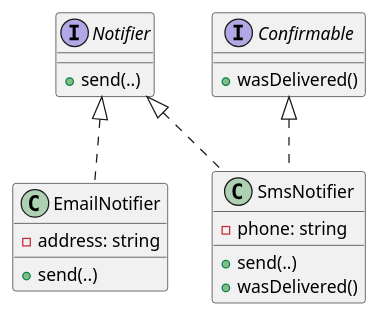
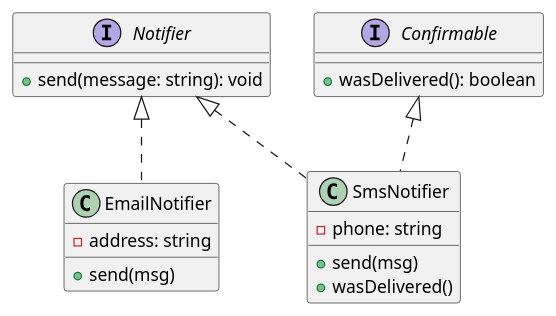
Before and after one commit to ubccpsc/210: the fourth of 5 diagrams in docs/part2/06_boundaries.md, drawn with PlantUML. The commit also changed other lines of this file and 5 other files, not shown here.

Commit message:
more diagram improvements; center diagrams (works locally, need to check with 210 prefix)

````diff
--- a/docs/part2/06_boundaries.md
+++ b/docs/part2/06_boundaries.md
@@ -257,20 +257,20 @@
 ```plantuml
 @startuml
 
 interface Notifier
 interface Confirmable
 
 Notifier <|.. EmailNotifier
 Notifier <|.. SmsNotifier
 Confirmable <|.. SmsNotifier
 
-Notifier : +send(..)
-Confirmable : +wasDelivered()
+Notifier : +send(message: string): void
+Confirmable : +wasDelivered(): boolean
 EmailNotifier : -address: string
-EmailNotifier : +send(..)
+EmailNotifier : +send(msg)
 SmsNotifier : -phone: string
-SmsNotifier : +send(..)
+SmsNotifier : +send(msg)
 SmsNotifier : +wasDelivered()
 
 @enduml
 ```
````
